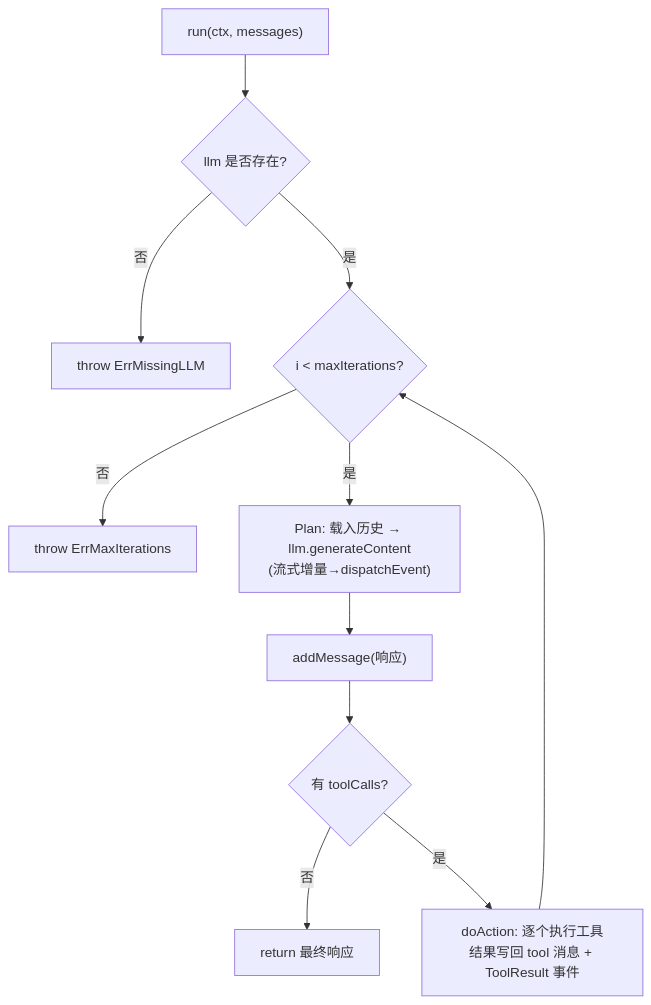
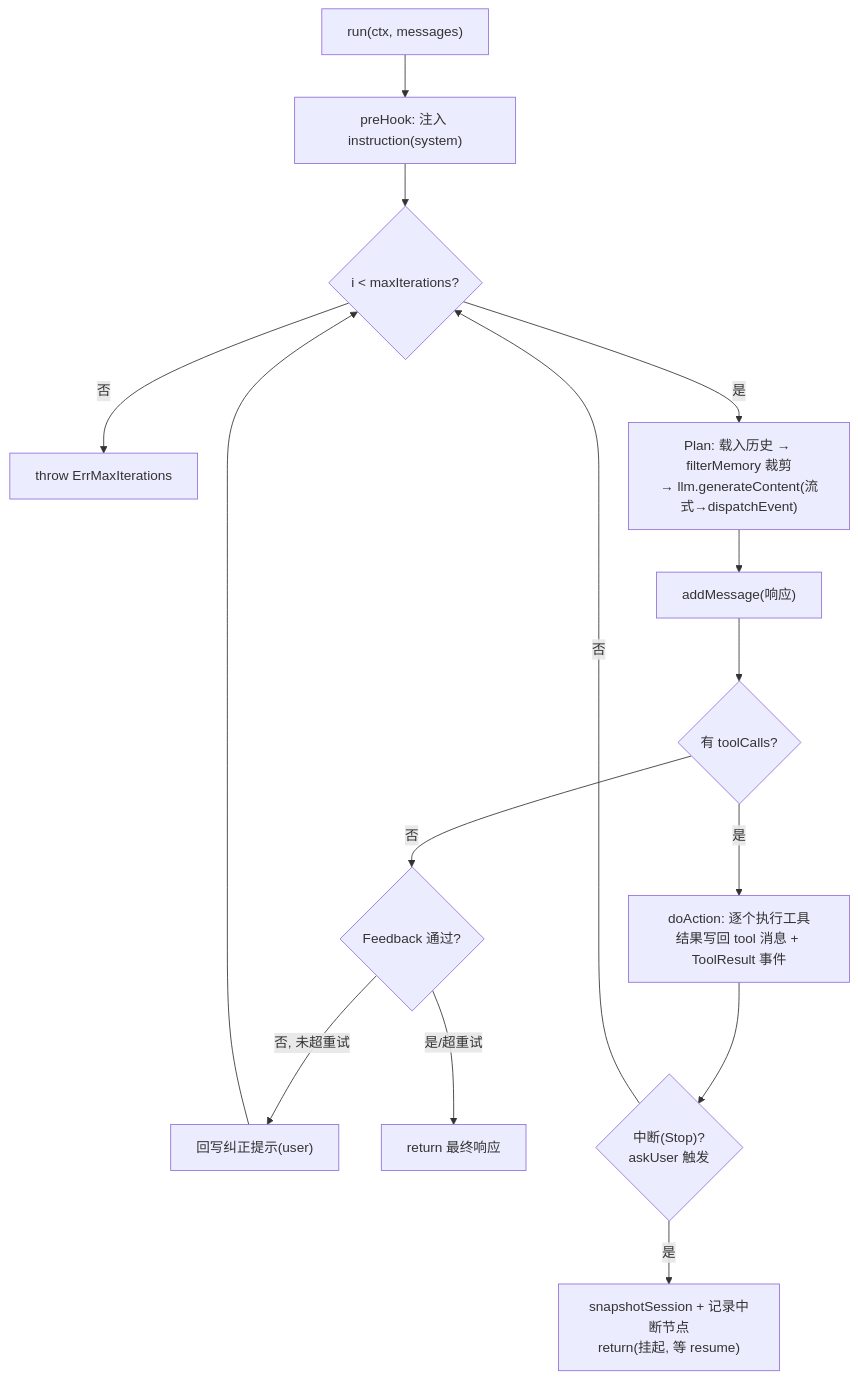
The third of 4 diagrams in README.md (David-Liu5460/nexus-sdk-ts), drawn with Mermaid before and after one commit. The commit also changed other lines of this file and 94 other files, not shown here.

````diff
--- a/README.md
+++ b/README.md
@@ -166,13 +172,16 @@
 ```mermaid
 flowchart TD
-  S["run(ctx, messages)"] --> CK{"llm 是否存在?"}
-  CK -->|否| ERR["throw ErrMissingLLM"]
-  CK -->|是| LOOP{"i < maxIterations?"}
+  S["run(ctx, messages)"] --> PRE["preHook: 注入 instruction(system)"]
+  PRE --> LOOP{"i < maxIterations?"}
   LOOP -->|否| MX["throw ErrMaxIterations"]
-  LOOP -->|是| PLAN["Plan: 载入历史 → llm.generateContent<br/>(流式增量→dispatchEvent)"]
+  LOOP -->|是| PLAN["Plan: 载入历史 → filterMemory 裁剪<br/>→ llm.generateContent(流式→dispatchEvent)"]
   PLAN --> ADD["addMessage(响应)"]
   ADD --> HAS{"有 toolCalls?"}
-  HAS -->|否| DONE["return 最终响应"]
+  HAS -->|否| FB{"Feedback 通过?"}
+  FB -->|否, 未超重试| RW["回写纠正提示(user)"] --> LOOP
+  FB -->|是/超重试| DONE["return 最终响应"]
   HAS -->|是| ACT["doAction: 逐个执行工具<br/>结果写回 tool 消息 + ToolResult 事件"]
-  ACT --> LOOP
+  ACT --> INT{"中断(Stop)?<br/>askUser 触发"}
+  INT -->|是| SNAP["snapshotSession + 记录中断节点<br/>return(挂起, 等 resume)"]
+  INT -->|否| LOOP
 ```
````
